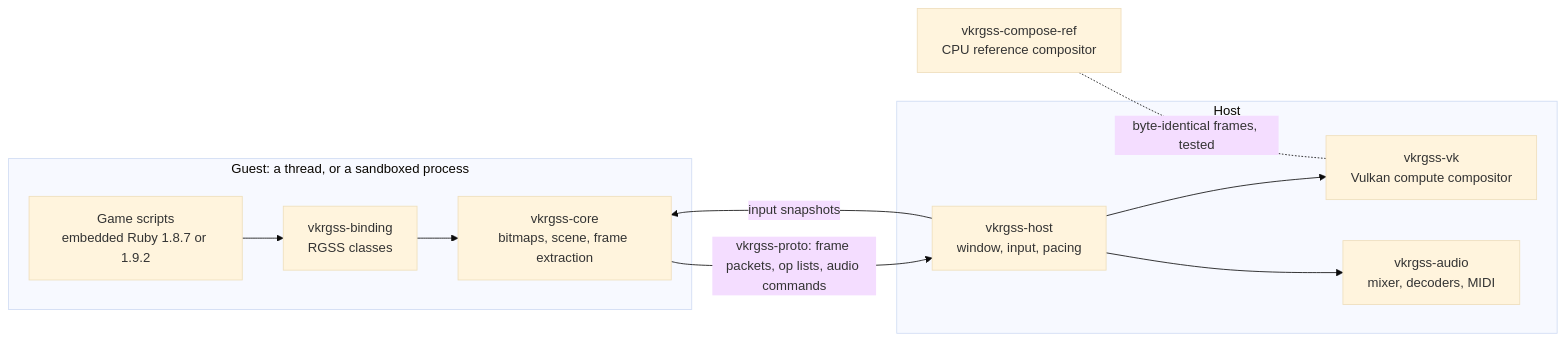
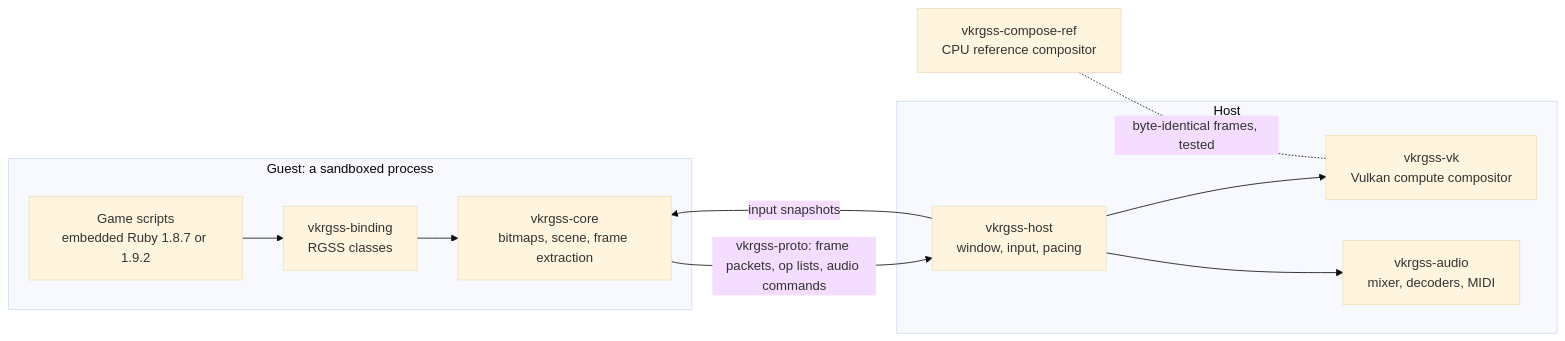
The diagram in README.md (xuyanwen2012/vkrgss-rs), drawn with Mermaid (base theme) before and after one commit. The commit also changed other lines of this file and 2 other files, not shown here.

````diff
--- a/README.md
+++ b/README.md
@@ -139,14 +148,14 @@
 ```mermaid
 flowchart LR
-  subgraph guest["Guest: a thread, or a sandboxed process"]
+  subgraph guest["Guest: a sandboxed process"]
     scripts["Game scripts<br>embedded Ruby 1.8.7 or 1.9.2"] --> binding["vkrgss-binding<br>RGSS classes"]
     binding --> core["vkrgss-core<br>bitmaps, scene, frame extraction"]
   end
   subgraph host["Host"]
     session["vkrgss-host<br>window, input, pacing"] --> vk["vkrgss-vk<br>Vulkan compute compositor"]
     session --> audio["vkrgss-audio<br>mixer, decoders, MIDI"]
   end
   core -- "vkrgss-proto: frame packets, op lists, audio commands" --> session
   session -- "input snapshots" --> core
   cpu["vkrgss-compose-ref<br>CPU reference compositor"] -. "byte-identical frames, tested" .- vk
 ```
````
